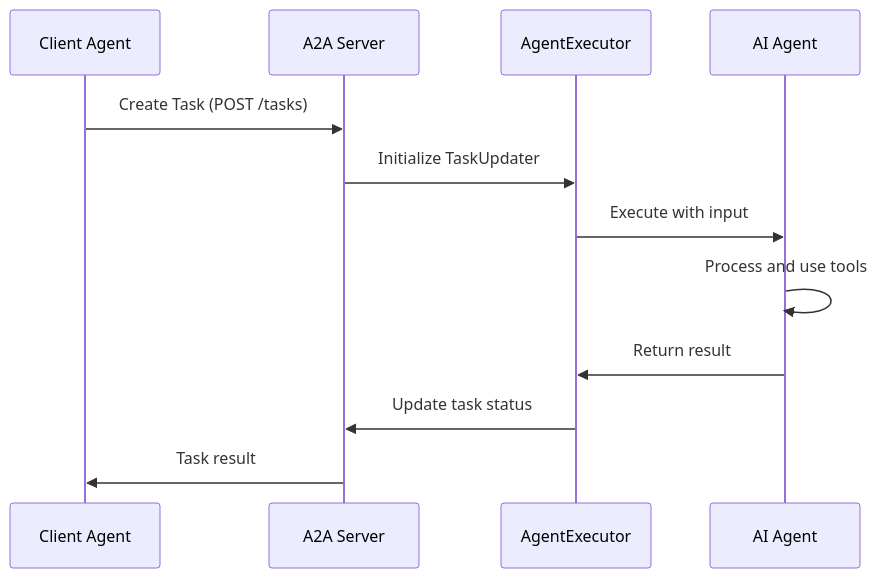
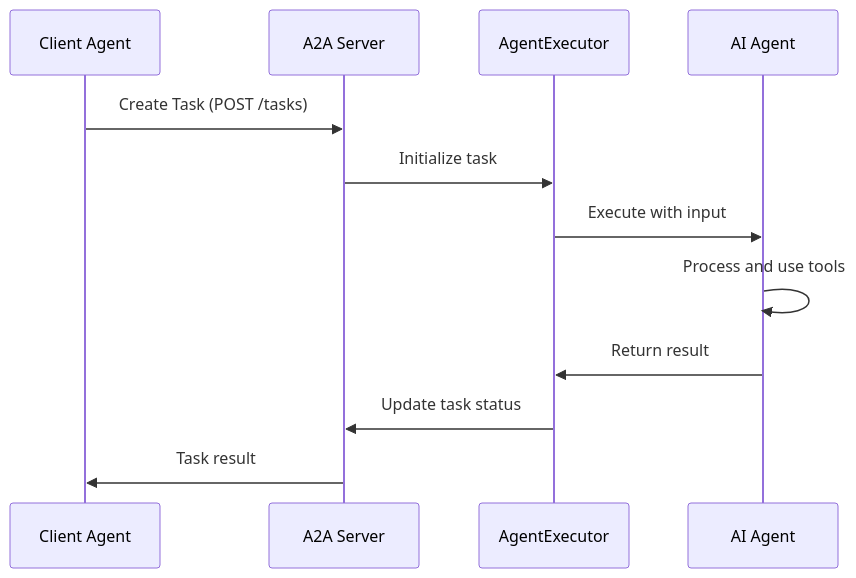
The second of 4 diagrams in docs/docs/section-2/step-07.md (OpenLiberty/liberty-workshop-langchain4j), drawn with Mermaid before and after one commit. The commit also changed other lines of this file and 7 other files, not shown here.

````diff
--- a/docs/docs/section-2/step-07.md
+++ b/docs/docs/section-2/step-07.md
@@ -106,15 +115,15 @@
 ```mermaid
 sequenceDiagram
     participant Client as Client Agent
     participant Server as A2A Server
     participant Executor as AgentExecutor
     participant AI as AI Agent
 
     Client->>Server: Create Task (POST /tasks)
-    Server->>Executor: Initialize TaskUpdater
+    Server->>Executor: Initialize task
     Executor->>AI: Execute with input
     AI->>AI: Process and use tools
     AI->>Executor: Return result
     Executor->>Server: Update task status
     Server->>Client: Task result
 ```
````
